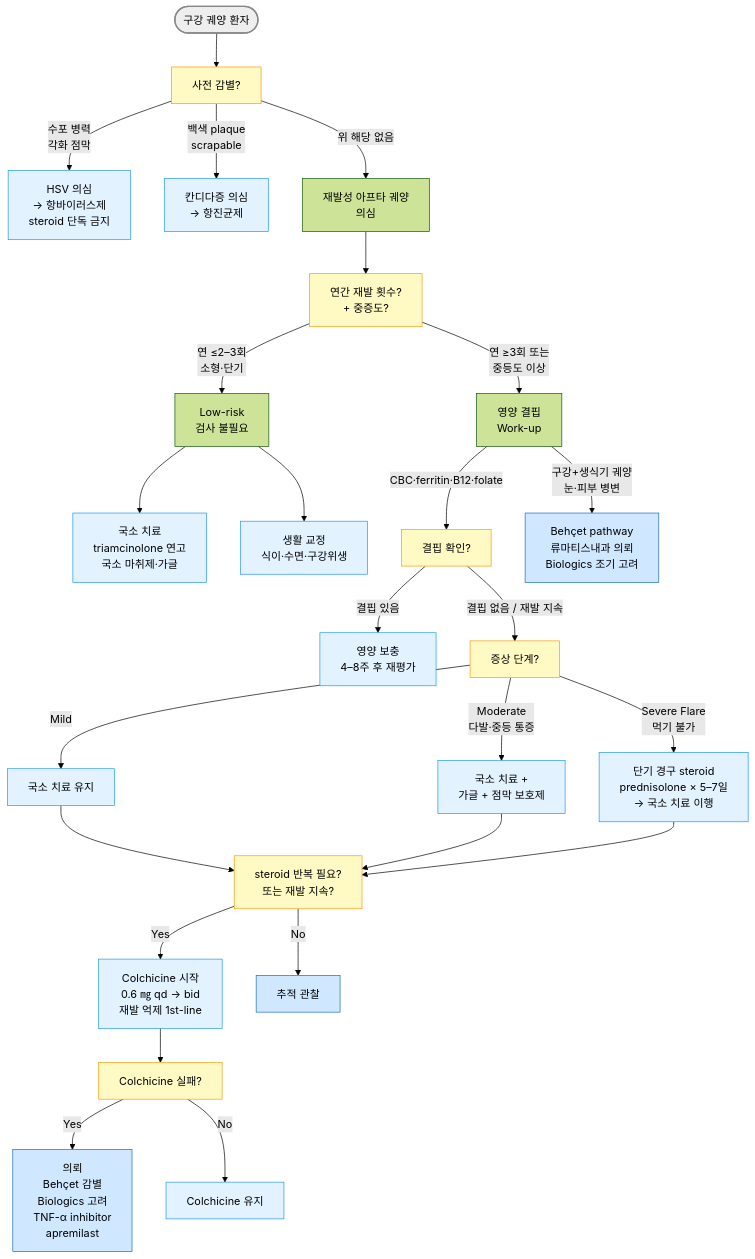
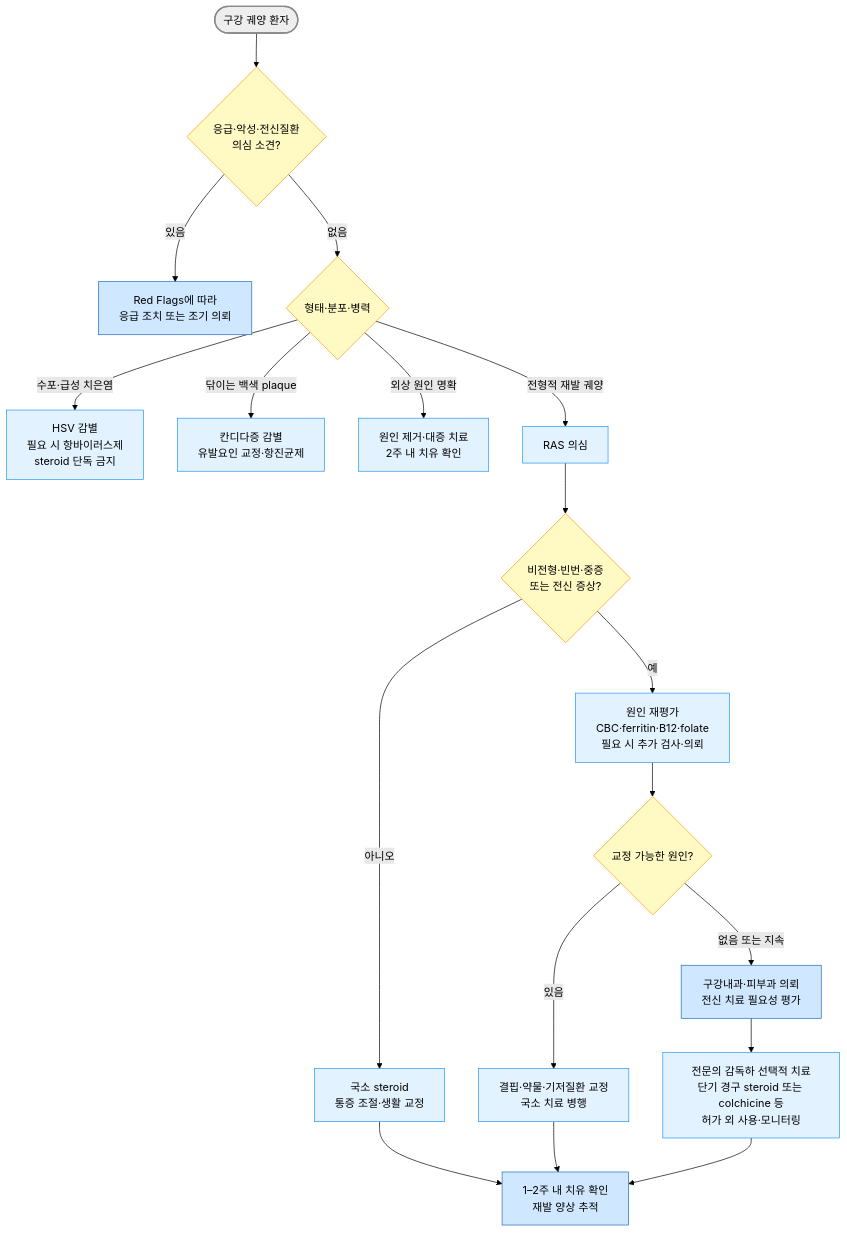
One commit to familyoh77/familyoh77 changed the diagram in 222_/054_-stomatitis.md. Above: the diagram before and after it, drawn with Mermaid (forest theme). The commit also changed other lines of this file, not shown here.

````diff
--- a/222_/054_-stomatitis.md
+++ b/222_/054_-stomatitis.md
@@ -246,43 +243,29 @@
 ```mermaid
 flowchart TD
-    A([구강 궤양 환자]) --> PRE[사전 감별?]
-    PRE --> |수포 병력<br/>각화 점막| HSV[HSV 의심<br/>→ 항바이러스제<br/>steroid 단독 금지]
-    PRE --> |백색 plaque<br/>scrapable| CAND[칸디다증 의심<br/>→ 항진균제]
-    PRE --> |위 해당 없음| B[재발성 아프타 궤양<br/>의심]
+    A([구강 궤양 환자]) --> PRE{응급·악성·전신질환<br/>의심 소견?}
+    PRE --> |있음| RF[Red Flags에 따라<br/>응급 조치 또는 조기 의뢰]
+    PRE --> |없음| DIFF{형태·분포·병력}
+    DIFF --> |수포·급성 치은염| HSV[HSV 감별<br/>필요 시 항바이러스제<br/>steroid 단독 금지]
+    DIFF --> |닦이는 백색 plaque| CAND[칸디다증 감별<br/>유발요인 교정·항진균제]
+    DIFF --> |외상 원인 명확| TRAUMA[원인 제거·대증 치료<br/>2주 내 치유 확인]
+    DIFF --> |전형적 재발 궤양| RAS[RAS 의심]
 
-    B --> C[연간 재발 횟수?<br/>+ 중증도?]
-    C --> |연 ≤2–3회<br/>소형·단기| D[Low-risk<br/>검사 불필요]
-    C --> |연 ≥3회 또는<br/>중등도 이상| E[영양 결핍<br/>Work-up]
-
-    D --> D1[국소 치료<br/>triamcinolone 연고<br/>국소 마취제·가글]
-    D --> D2[생활 교정<br/>식이·수면·구강위생]
-
-    E --> |CBC·ferritin·B12·folate| F[결핍 확인?]
-    F --> |결핍 있음| G[영양 보충<br/>4–8주 후 재평가]
-    F --> |결핍 없음 / 재발 지속| H[증상 단계?]
-
-    H --> |Mild| H1[국소 치료 유지]
-    H --> |Moderate<br/>다발·중등 통증| H2[국소 치료 +<br/>가글 + 점막 보호제]
-    H --> |Severe Flare<br/>먹기 불가| H3[단기 경구 steroid<br/>prednisolone × 5–7일<br/>→ 국소 치료 이행]
-
-    H1 --> I[steroid 반복 필요?<br/>또는 재발 지속?]
-    H2 --> I
-    H3 --> I
-
-    I --> |Yes| J[Colchicine 시작<br/>0.6 ㎎ qd → bid<br/>재발 억제 1st-line]
-    I --> |No| K[추적 관찰]
-
-    J --> L[Colchicine 실패?]
-    L --> |Yes| M[의뢰<br/>Behçet 감별<br/>Biologics 고려<br/>TNF-α inhibitor<br/>apremilast]
-    L --> |No| N[Colchicine 유지]
-
-    E --> |구강+생식기 궤양<br/>눈·피부 병변| O[Behçet pathway<br/>류마티스내과 의뢰<br/>Biologics 조기 고려]
+    RAS --> SEV{비전형·빈번·중증<br/>또는 전신 증상?}
+    SEV --> |아니오| LOCAL[국소 steroid<br/>통증 조절·생활 교정]
+    SEV --> |예| WORK[원인 재평가<br/>CBC·ferritin·B12·folate<br/>필요 시 추가 검사·의뢰]
+    WORK --> CAUSE{교정 가능한 원인?}
+    CAUSE --> |있음| CORRECT[결핍·약물·기저질환 교정<br/>국소 치료 병행]
+    CAUSE --> |없음 또는 지속| REFER[구강내과·피부과 의뢰<br/>전신 치료 필요성 평가]
+    REFER --> SYSTEMIC[전문의 감독하 선택적 치료<br/>단기 경구 steroid 또는 colchicine 등<br/>허가 외 사용·모니터링]
+    LOCAL --> FOLLOW[1–2주 내 치유 확인<br/>재발 양상 추적]
+    CORRECT --> FOLLOW
+    SYSTEMIC --> FOLLOW
 
 style A fill:#eeeeee,stroke:#888888,stroke-width:2px
 classDef yellow fill:#fff9c4,stroke:#f39c12
-class PRE,C,F,H,I,L yellow
+class PRE,DIFF,SEV,CAUSE yellow
 classDef sky fill:#e3f2ff,stroke:#2196f3
-class HSV,CAND,D1,D2,N,G,H1,H2,H3,J sky
+class HSV,CAND,TRAUMA,RAS,LOCAL,WORK,CORRECT,SYSTEMIC sky
 classDef blue fill:#d0e8ff,stroke:#1a6abf
-class M,O,K blue
+class RF,REFER,FOLLOW blue
 ```
````
